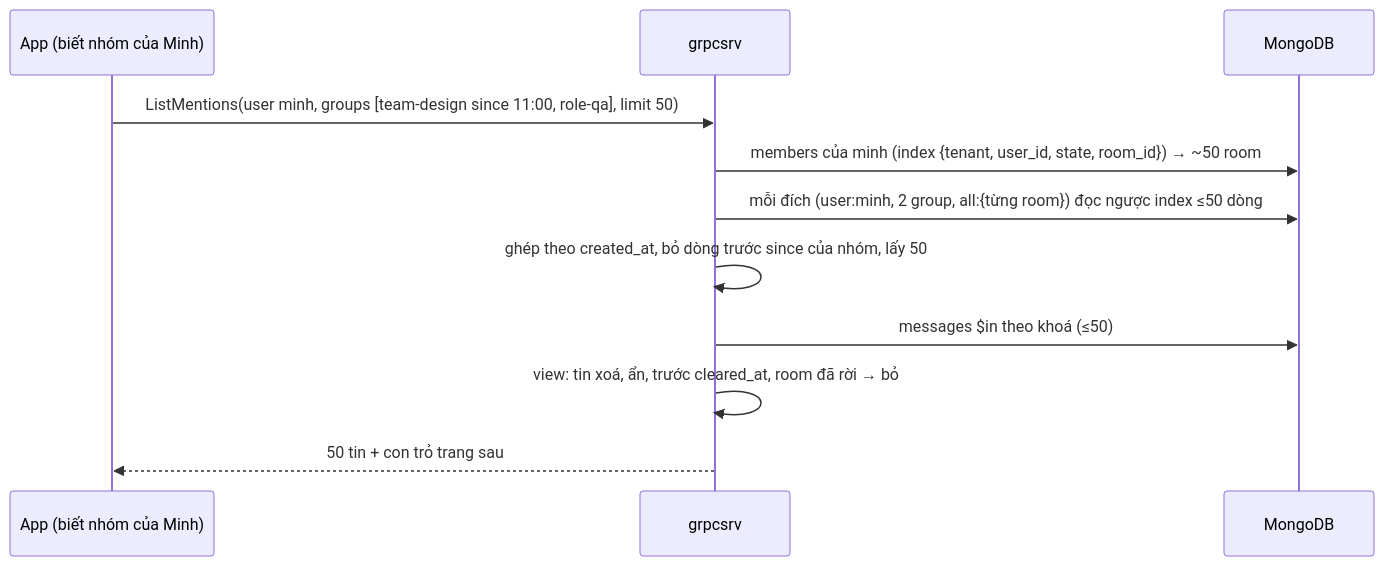
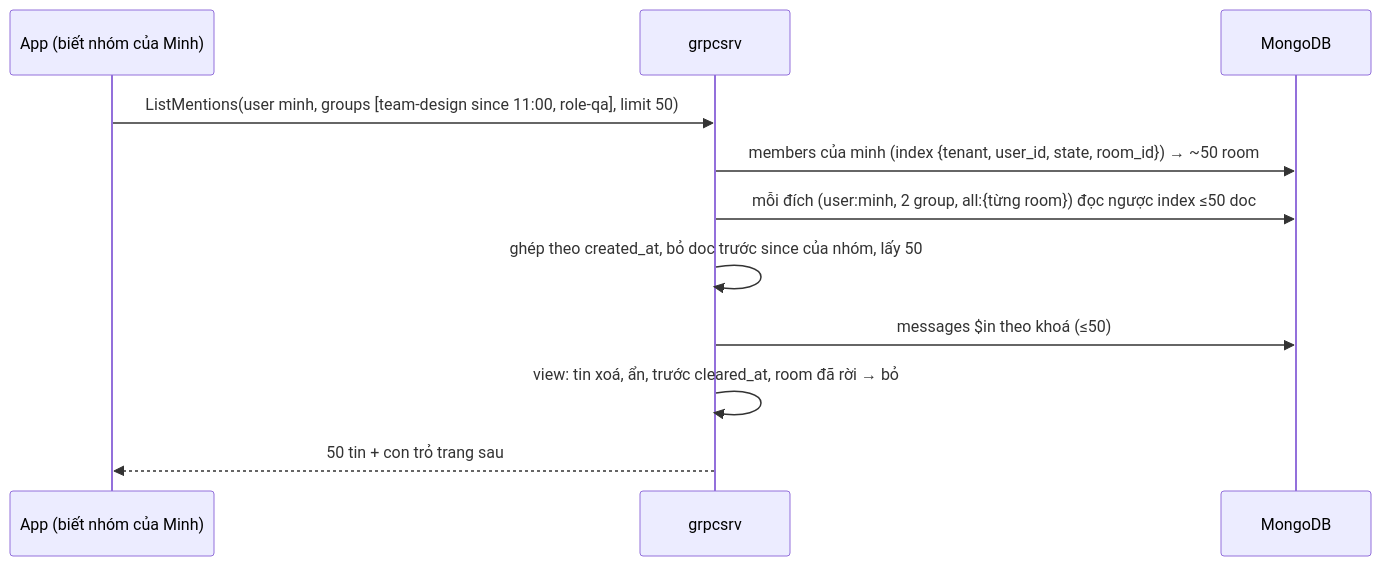
One commit to ivannguyendev/chatim changed the third of 5 diagrams in docs/plans/2026-10-10-m2c-threads-mentions-summary.md. Above: the diagram before and after it, drawn with Mermaid. The commit also changed other lines of this file and 2 other files, not shown here.

````diff
--- a/docs/plans/2026-10-10-m2c-threads-mentions-summary.md
+++ b/docs/plans/2026-10-10-m2c-threads-mentions-summary.md
@@ -235,13 +229,13 @@
 ```mermaid
 sequenceDiagram
   participant App as App (biết nhóm của Minh)
   participant G as grpcsrv
   participant DB as MongoDB
   App->>G: ListMentions(user minh, groups [team-design since 11:00, role-qa], limit 50)
   G->>DB: members của minh (index {tenant, user_id, state, room_id}) → ~50 room
-  G->>DB: mỗi đích (user:minh, 2 group, all:{từng room}) đọc ngược index ≤50 dòng
-  G->>G: ghép theo created_at, bỏ dòng trước since của nhóm, lấy 50
+  G->>DB: mỗi đích (user:minh, 2 group, all:{từng room}) đọc ngược index ≤50 doc
+  G->>G: ghép theo created_at, bỏ doc trước since của nhóm, lấy 50
   G->>DB: messages $in theo khoá (≤50)
   G->>G: view: tin xoá, ẩn, trước cleared_at, room đã rời → bỏ
   G-->>App: 50 tin + con trỏ trang sau
 ```
````
